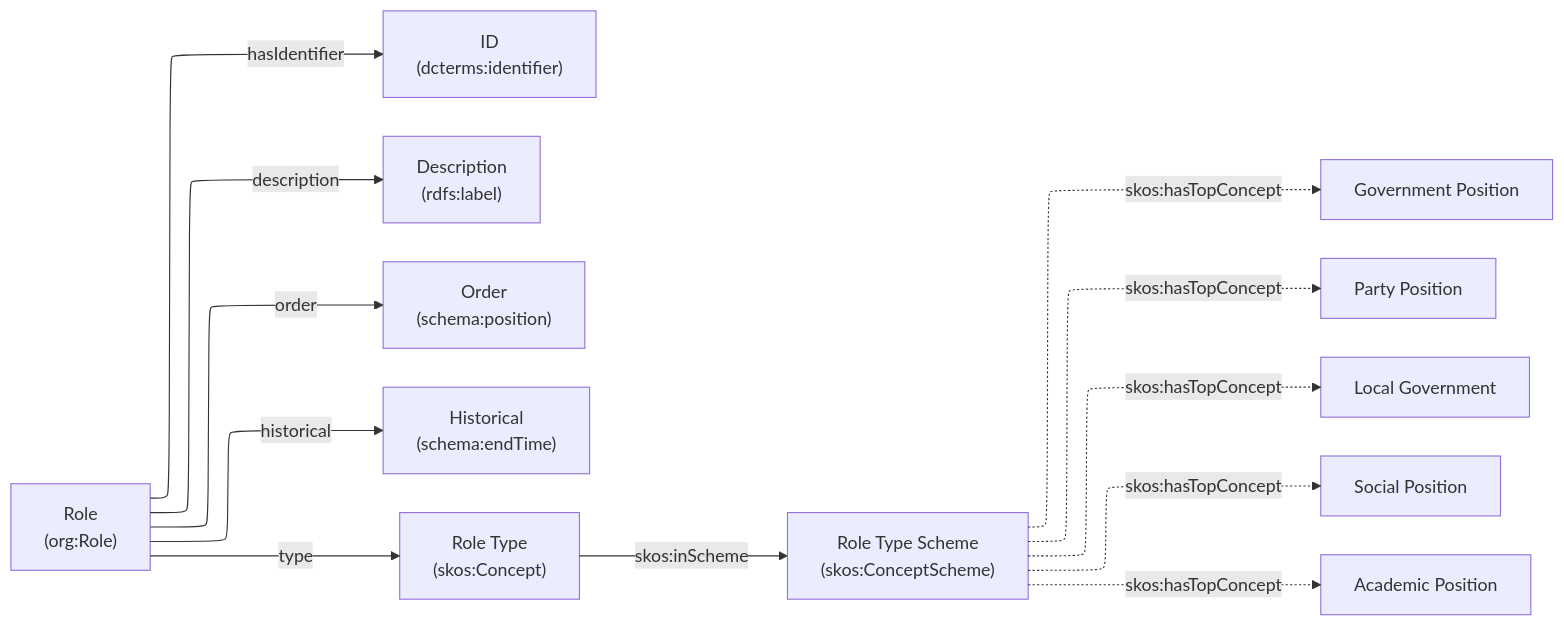
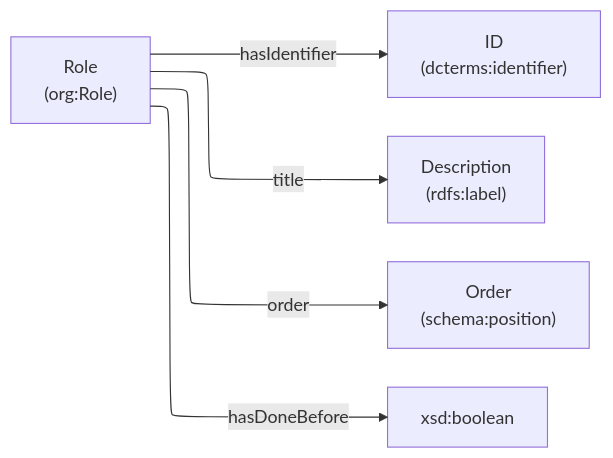
Before and after one commit to Kaankzlyar/orwell-generalized: the diagram in docs/registobiografico/role.mermaid, drawn with Mermaid. The commit also changed 10 other files, not shown here.

Commit message:
fix some graphs

```diff
--- a/docs/registobiografico/role.mermaid
+++ b/docs/registobiografico/role.mermaid
@@ -1,17 +1,9 @@
 ---
 config:
   layout: elk
 ---
 flowchart LR
     Role["Role<br>(org:Role)"] -- hasIdentifier --> rid["ID<br>(dcterms:identifier)"]
-    Role -- description --> rdes["Description<br>(rdfs:label)"]
+    Role -- title --> rdes["Description<br>(rdfs:label)"]
     Role -- order --> rorder["Order<br>(schema:position)"]
-    Role -- historical --> rhist["Historical<br>(schema:endTime)"]
-    Role -- type --> rtype["Role Type<br>(skos:Concept)"]
-    
-    rtype -->|"skos:inScheme"| rtypeEnum["Role Type Scheme<br>(skos:ConceptScheme)"]
-    rtypeEnum -.->|"skos:hasTopConcept"| rt1["Government Position"]
-    rtypeEnum -.->|"skos:hasTopConcept"| rt2["Party Position"]
-    rtypeEnum -.->|"skos:hasTopConcept"| rt3["Local Government"]
-    rtypeEnum -.->|"skos:hasTopConcept"| rt4["Social Position"]
-    rtypeEnum -.->|"skos:hasTopConcept"| rt5["Academic Position"]
+    Role -- hasDoneBefore --> rhist["xsd:boolean"]
```
